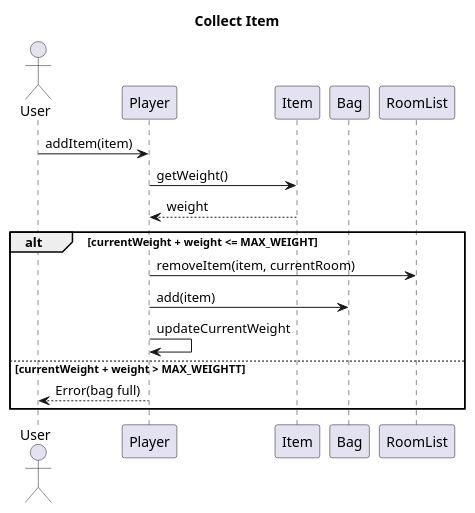
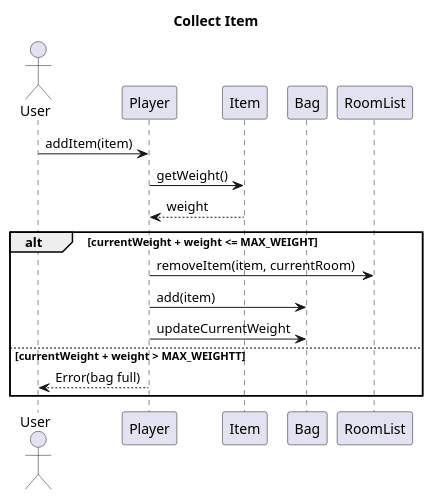
Before and after one commit to EDIDS/EDIDS_Proj: the diagram in src/main/java/com/extraction/uml/uml diagrams/Internal Sequence Diagrams/Collect-Item.puml, drawn with PlantUML. The commit also changed 5 other files, not shown here.

Commit message:
Updated internal sequence diagrams.

```diff
--- a/src/main/java/com/extraction/uml/uml diagrams/Internal Sequence Diagrams/Collect-Item.puml
+++ b/src/main/java/com/extraction/uml/uml diagrams/Internal Sequence Diagrams/Collect-Item.puml
@@ -1,23 +1,23 @@
 @startuml
 
 title Collect Item
 
 actor User
 participant Player
 participant Item
 participant Bag
 participant RoomList
 
 
 User -> Player : addItem(item)
 Player -> Item : getWeight()
 return weight
 alt currentWeight + weight <= MAX_WEIGHT
     Player -> RoomList : removeItem(item, currentRoom)
     Player -> Bag : add(item)
-    Player -> Player : updateCurrentWeight
+    Player -> Bag : updateCurrentWeight
 else currentWeight + weight > MAX_WEIGHTT
     Player --> User : Error(bag full)
 end
 
 @enduml
```
